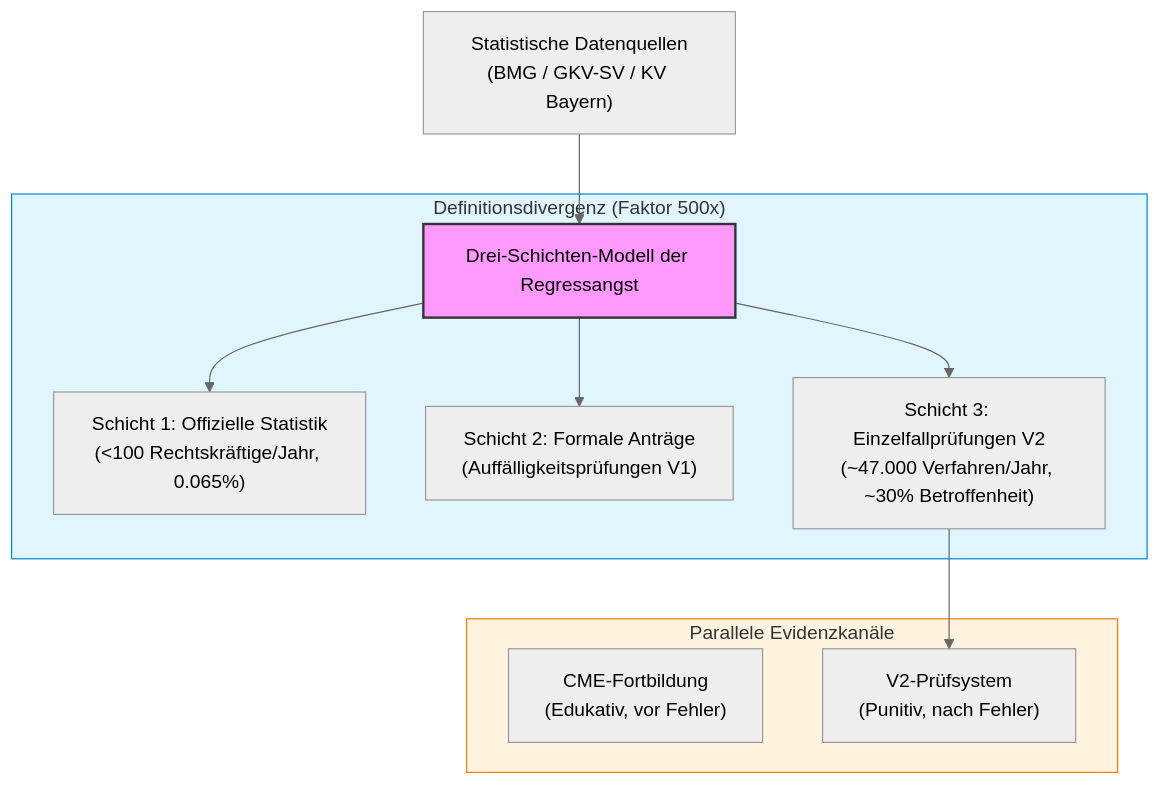
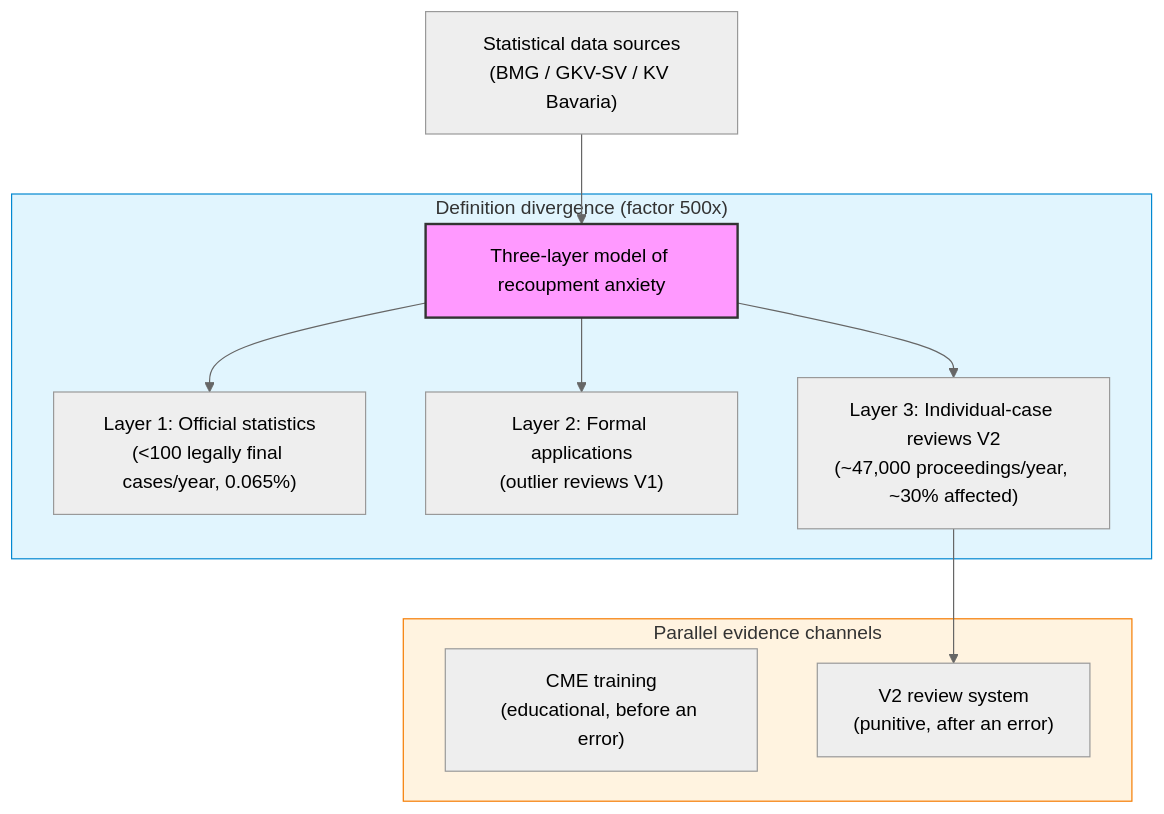
The diagram in README.md (um-bruch/regressangst), drawn with Mermaid (neutral theme) before and after one commit. The commit also changed other lines of this file and 1 other file, not shown here.

````diff
--- a/README.md
+++ b/README.md
@@ -48,21 +48,17 @@
 ```mermaid
 graph TD
-    A["Statistische Datenquellen<br>(BMG / GKV-SV / KV Bayern)"] --> B["Drei-Schichten-Modell der Regressangst"]
-    
-    subgraph Schichten ["Definitionsdivergenz (Faktor 500x)"]
-        B --> C1["Schicht 1: Offizielle Statistik<br>(&lt;100 Rechtskräftige/Jahr, 0.065%)"]
-        B --> C2["Schicht 2: Formale Anträge<br>(Auffälligkeitsprüfungen V1)"]
-        B --> C3["Schicht 3: Einzelfallprüfungen V2<br>(~47.000 Verfahren/Jahr, ~30% Betroffenheit)"]
+    A["Statistical data sources<br>(BMG / GKV-SV / KV Bavaria)"] --> B["Three-layer model of recoupment anxiety"]
+    subgraph Layers["Definition divergence (factor 500x)"]
+        B --> C1["Layer 1: Official statistics<br>(&lt;100 legally final cases/year, 0.065%)"]
+        B --> C2["Layer 2: Formal applications<br>(outlier reviews V1)"]
+        B --> C3["Layer 3: Individual-case reviews V2<br>(~47,000 proceedings/year, ~30% affected)"]
     end
-    
-    subgraph Duales_Evidenzsystem ["Parallele Evidenzkanäle"]
-        D1["CME-Fortbildung<br>(Edukativ, vor Fehler)"]
-        D2["V2-Prüfsystem<br>(Punitiv, nach Fehler)"]
+    subgraph Evidence["Parallel evidence channels"]
+        D1["CME training<br>(educational, before an error)"]
+        D2["V2 review system<br>(punitive, after an error)"]
     end
-    
     C3 --> D2
-    
     style B fill:#f9f,stroke:#333,stroke-width:2px
-    style Schichten fill:#e1f5fe,stroke:#0288d1
-    style Duales_Evidenzsystem fill:#fff3e0,stroke:#f57c00
+    style Layers fill:#e1f5fe,stroke:#0288d1
+    style Evidence fill:#fff3e0,stroke:#f57c00
 ```
````
